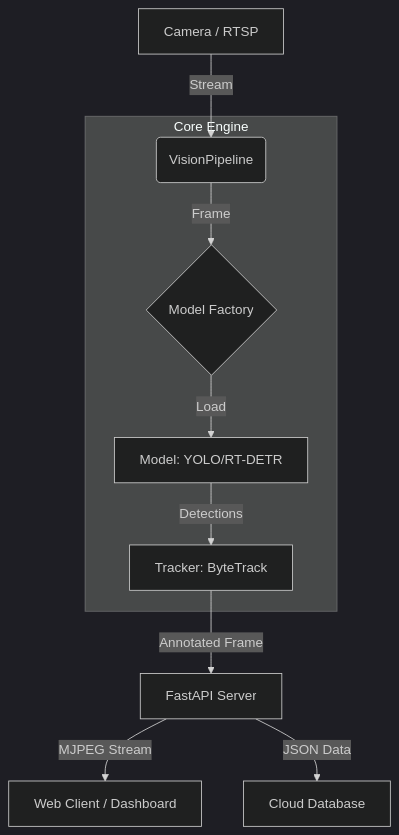
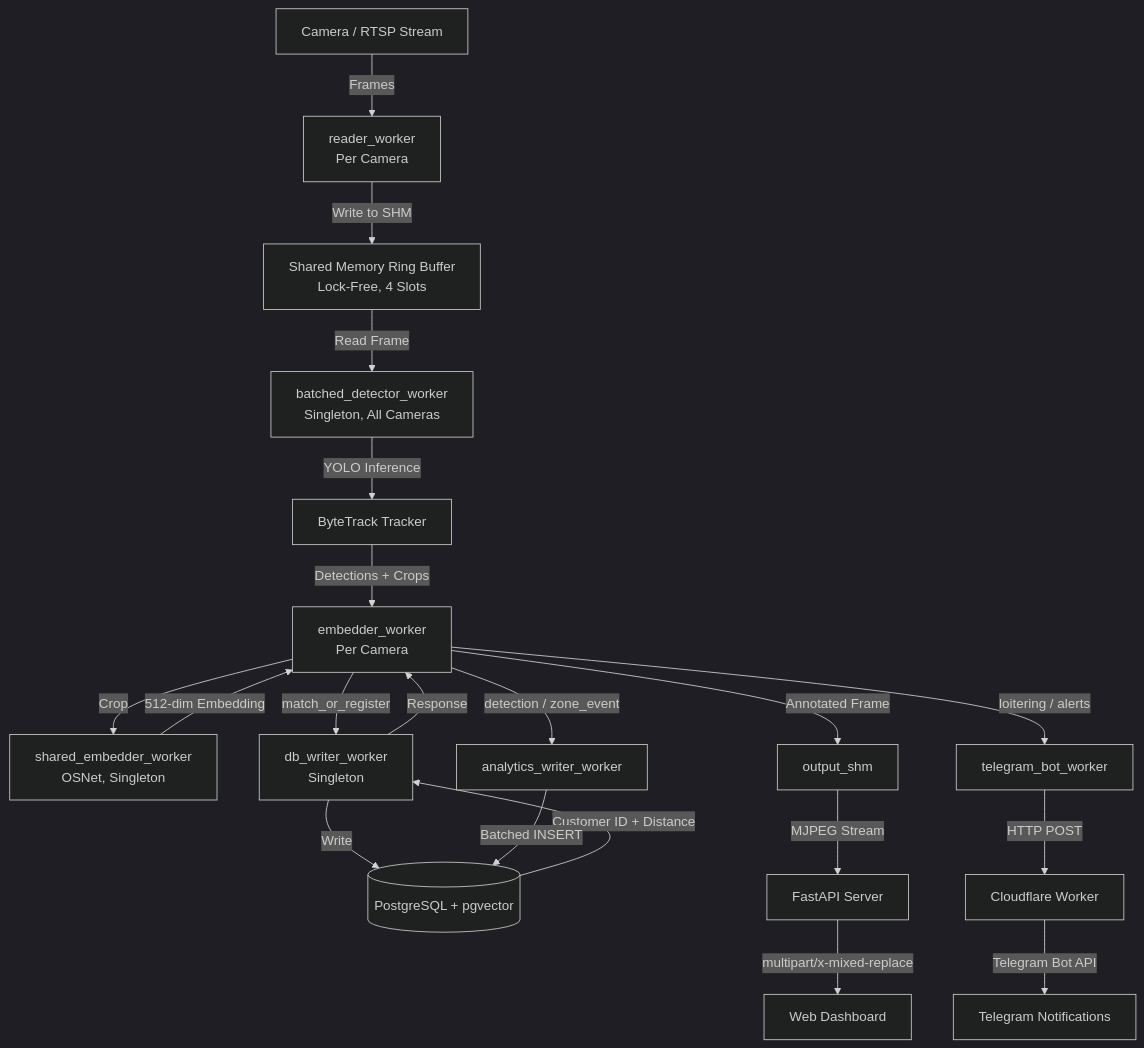
Before and after one commit to mralamdari/unbreakable-eye: the diagram in README.md, drawn with Mermaid (dark theme). The commit also changed other lines of this file and 34 other files, not shown here.

````diff
--- a/README.md
+++ b/README.md
@@ -25,12 +44,22 @@
 ```mermaid
 graph TD
-    A[Camera / RTSP] -->|Stream| B(VisionPipeline)
-    subgraph Core Engine
-    B -->|Frame| C{Model Factory}
-    C -->|Load| D[Model: YOLO/RT-DETR]
-    D -->|Detections| E[Tracker: ByteTrack]
-    end
-    E -->|Annotated Frame| F[FastAPI Server]
-    F -->|MJPEG Stream| G[Web Client / Dashboard]
-    F -->|JSON Data| H[Cloud Database]
+    A[Camera / RTSP Stream] -->|Frames| B[reader_worker<br/>Per Camera]
+    B -->|Write to SHM| C[Shared Memory Ring Buffer<br/>Lock-Free, 4 Slots]
+    C -->|Read Frame| D[batched_detector_worker<br/>Singleton, All Cameras]
+    D -->|YOLO Inference| E[ByteTrack Tracker]
+    E -->|Detections + Crops| F[embedder_worker<br/>Per Camera]
+    F -->|Crop| G[shared_embedder_worker<br/>OSNet, Singleton]
+    G -->|512-dim Embedding| F
+    F -->|match_or_register| H[db_writer_worker<br/>Singleton]
+    H -->|Write| I[(PostgreSQL + pgvector)]
+    I -->|Customer ID + Distance| H
+    H -->|Response| F
+    F -->|Annotated Frame| J[output_shm]
+    J -->|MJPEG Stream| K[FastAPI Server]
+    K -->|multipart/x-mixed-replace| L[Web Dashboard]
+    F -->|detection / zone_event| M[analytics_writer_worker]
+    M -->|Batched INSERT| I
+    F -->|loitering / alerts| N[telegram_bot_worker]
+    N -->|HTTP POST| O[Cloudflare Worker]
+    O -->|Telegram Bot API| P[Telegram Notifications]
 ```
````
